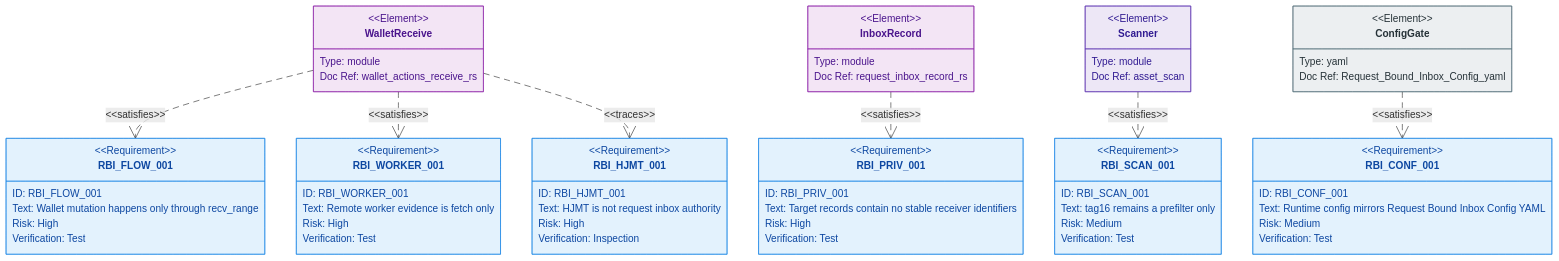
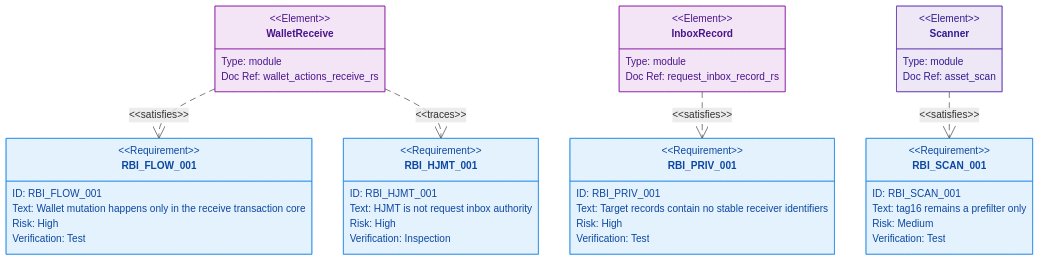
Before and after one commit to z00z-labs/z00z: diagram 12 of 14 in .planning/phases/071-Request-Bound-Inbox/071-Request-Bound-Inbox-Spec.md, drawn with Mermaid. The commit also changed other lines of this file and 189 other files, not shown here.

````diff
--- a/.planning/phases/071-Request-Bound-Inbox/071-Request-Bound-Inbox-Spec.md
+++ b/.planning/phases/071-Request-Bound-Inbox/071-Request-Bound-Inbox-Spec.md
@@ -1286,72 +1850,51 @@
 ```mermaid
 requirementDiagram
   requirement RBI_PRIV_001 {
     id: RBI_PRIV_001
     text: Target records contain no stable receiver identifiers
     risk: high
     verifymethod: test
   }
   requirement RBI_FLOW_001 {
     id: RBI_FLOW_001
-    text: Wallet mutation happens only through recv_range
+    text: Wallet mutation happens only in the receive transaction core
     risk: high
     verifymethod: test
   }
   requirement RBI_SCAN_001 {
     id: RBI_SCAN_001
     text: tag16 remains a prefilter only
     risk: medium
     verifymethod: test
   }
-  requirement RBI_WORKER_001 {
-    id: RBI_WORKER_001
-    text: Remote worker evidence is fetch only
-    risk: high
-    verifymethod: test
-  }
   requirement RBI_HJMT_001 {
     id: RBI_HJMT_001
     text: HJMT is not request inbox authority
     risk: high
     verifymethod: inspection
-  }
-  requirement RBI_CONF_001 {
-    id: RBI_CONF_001
-    text: Runtime config mirrors Request Bound Inbox Config YAML
-    risk: medium
-    verifymethod: test
   }
   element WalletReceive {
     type: module
     docref: wallet_actions_receive_rs
   }
   element InboxRecord {
     type: module
     docref: request_inbox_record_rs
   }
   element Scanner {
     type: module
     docref: asset_scan
   }
-  element ConfigGate {
-    type: yaml
-    docref: Request_Bound_Inbox_Config_yaml
-  }
   WalletReceive - satisfies -> RBI_FLOW_001
   InboxRecord - satisfies -> RBI_PRIV_001
   Scanner - satisfies -> RBI_SCAN_001
-  WalletReceive - satisfies -> RBI_WORKER_001
   WalletReceive - traces -> RBI_HJMT_001
-  ConfigGate - satisfies -> RBI_CONF_001
 
   style RBI_PRIV_001 fill:#E3F2FD,stroke:#1E88E5,stroke-width:1px,color:#0D47A1
   style RBI_FLOW_001 fill:#E3F2FD,stroke:#1E88E5,stroke-width:1px,color:#0D47A1
   style RBI_SCAN_001 fill:#E3F2FD,stroke:#1E88E5,stroke-width:1px,color:#0D47A1
-  style RBI_WORKER_001 fill:#E3F2FD,stroke:#1E88E5,stroke-width:1px,color:#0D47A1
   style RBI_HJMT_001 fill:#E3F2FD,stroke:#1E88E5,stroke-width:1px,color:#0D47A1
-  style RBI_CONF_001 fill:#E3F2FD,stroke:#1E88E5,stroke-width:1px,color:#0D47A1
   style WalletReceive fill:#F3E5F5,stroke:#8E24AA,stroke-width:1px,color:#4A148C
   style InboxRecord fill:#F3E5F5,stroke:#8E24AA,stroke-width:1px,color:#4A148C
   style Scanner fill:#EDE7F6,stroke:#5E35B1,stroke-width:1px,color:#311B92
-  style ConfigGate fill:#ECEFF1,stroke:#546E7A,stroke-width:1px,color:#263238
 ```
````
